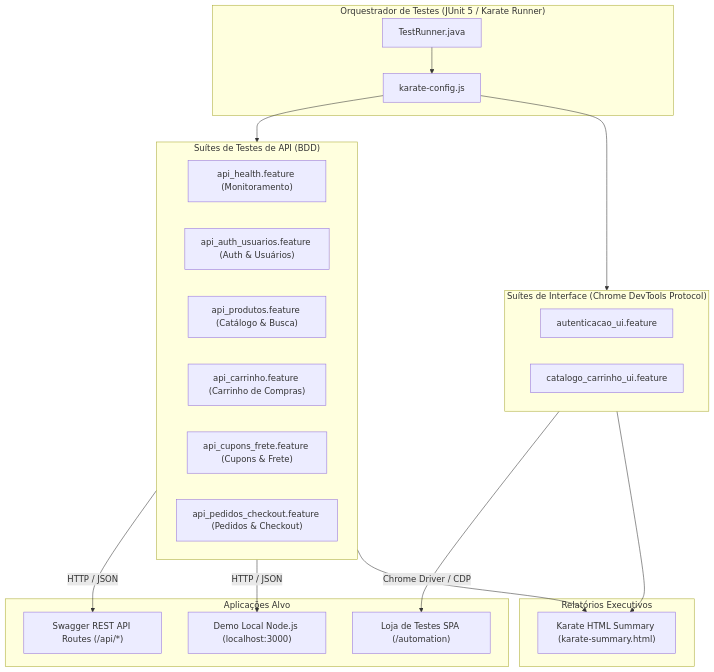
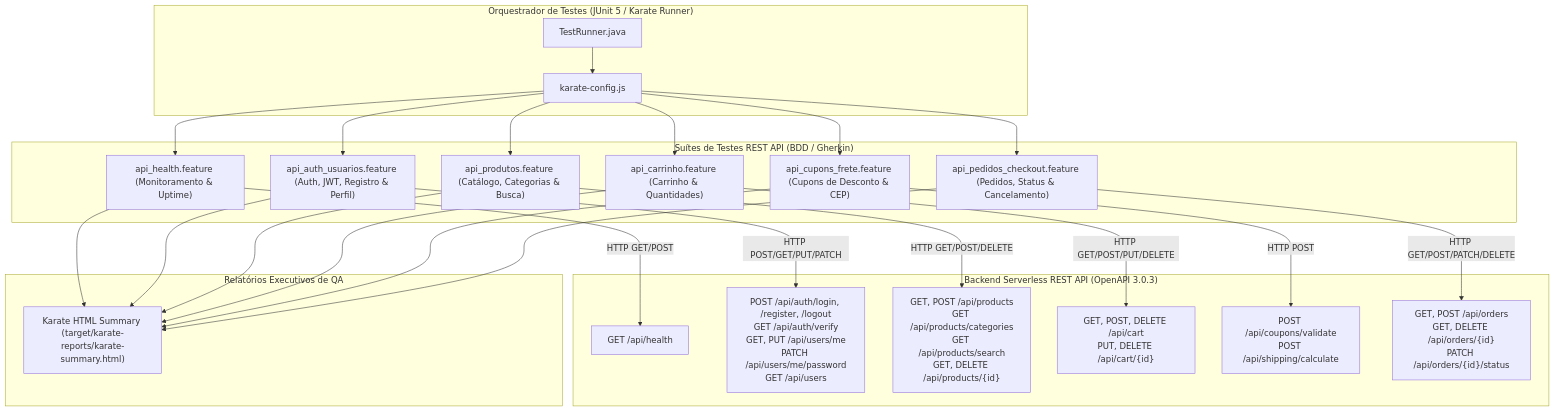
The diagram in README.md (GalileoGuilherme/karate-api-automation-lab), drawn with Mermaid before and after one commit. The commit also changed other lines of this file and 18 other files, not shown here.

Commit message:
feat: transform project into exclusive backend rest api automation covering 100% of swagger openapi

````diff
--- a/README.md
+++ b/README.md
@@ -64,40 +72,39 @@
 ```mermaid
 flowchart TD
-    subgraph Test_Runner["Orquestrador de Testes (JUnit 5 / Karate Runner)"]
+    subgraph Test_Engine["Orquestrador de Testes (JUnit 5 / Karate Runner)"]
         TR[TestRunner.java]
         KC[karate-config.js]
     end
 
-    subgraph API_Suites["Suítes de Testes de API (BDD)"]
-        F1["api_health.feature (Monitoramento)"]
-        F2["api_auth_usuarios.feature (Auth & Usuários)"]
-        F3["api_produtos.feature (Catálogo & Busca)"]
-        F4["api_carrinho.feature (Carrinho de Compras)"]
-        F5["api_cupons_frete.feature (Cupons & Frete)"]
-        F6["api_pedidos_checkout.feature (Pedidos & Checkout)"]
+    subgraph API_Suites["Suítes de Testes REST API (BDD / Gherkin)"]
+        H["api_health.feature (Monitoramento & Uptime)"]
+        A["api_auth_usuarios.feature (Auth, JWT, Registro & Perfil)"]
+        P["api_produtos.feature (Catálogo, Categorias & Busca)"]
+        C["api_carrinho.feature (Carrinho & Quantidades)"]
+        F["api_cupons_frete.feature (Cupons de Desconto & CEP)"]
+        O["api_pedidos_checkout.feature (Pedidos, Status & Cancelamento)"]
     end
 
-    subgraph UI_Suites["Suítes de Interface (Chrome DevTools Protocol)"]
-        U1["autenticacao_ui.feature"]
-        U2["catalogo_carrinho_ui.feature"]
+    subgraph Backend_Target["Backend Serverless REST API (OpenAPI 3.0.3)"]
+        EP1["GET /api/health"]
+        EP2["POST /api/auth/login, /register, /logout<br>GET /api/auth/verify<br>GET, PUT /api/users/me<br>PATCH /api/users/me/password<br>GET /api/users"]
+        EP3["GET, POST /api/products<br>GET /api/products/categories<br>GET /api/products/search<br>GET, DELETE /api/products/{id}"]
+        EP4["GET, POST, DELETE /api/cart<br>PUT, DELETE /api/cart/{id}"]
+        EP5["POST /api/coupons/validate<br>POST /api/shipping/calculate"]
+        EP6["GET, POST /api/orders<br>GET, DELETE /api/orders/{id}<br>PATCH /api/orders/{id}/status"]
     end
 
-    subgraph Target["Aplicações Alvo"]
-        SW["Swagger REST API Routes (/api/*)"]
-        WEB["Loja de Testes SPA (/automation)"]
-        LOC["Demo Local Node.js (localhost:3000)"]
-    end
-
-    subgraph Reporting["Relatórios Executivos"]
-        REP["Karate HTML Summary (karate-summary.html)"]
+    subgraph Reporting["Relatórios Executivos de QA"]
+        REP["Karate HTML Summary (target/karate-reports/karate-summary.html)"]
     end
 
     TR --> KC
-    KC --> API_Suites
-    KC --> UI_Suites
-    API_Suites -->|HTTP / JSON| SW
-    API_Suites -->|HTTP / JSON| LOC
-    UI_Suites -->|Chrome Driver / CDP| WEB
-    API_Suites --> REP
-    UI_Suites --> REP
+    KC --> H & A & P & C & F & O
+    H -->|HTTP GET/POST| EP1
+    A -->|HTTP POST/GET/PUT/PATCH| EP2
+    P -->|HTTP GET/POST/DELETE| EP3
+    C -->|HTTP GET/POST/PUT/DELETE| EP4
+    F -->|HTTP POST| EP5
+    O -->|HTTP GET/POST/PATCH/DELETE| EP6
+    H & A & P & C & F & O --> REP
 ```
````
